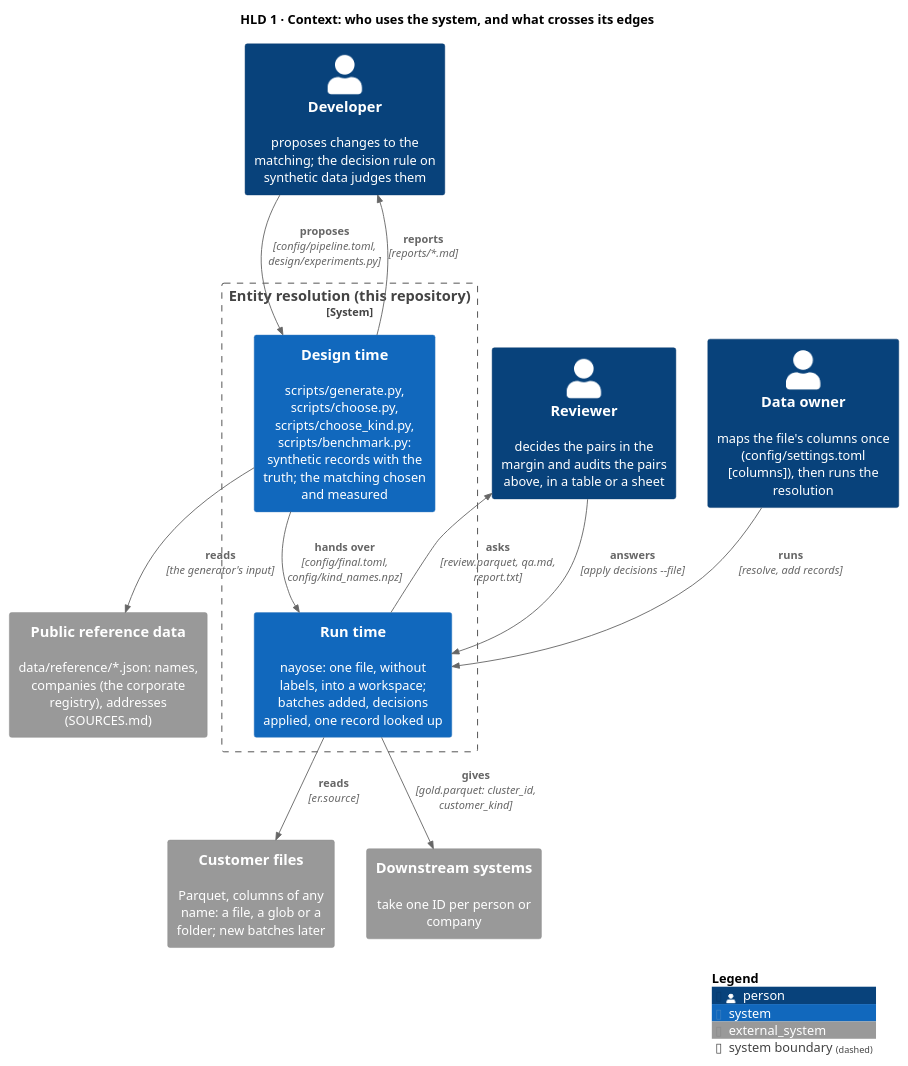
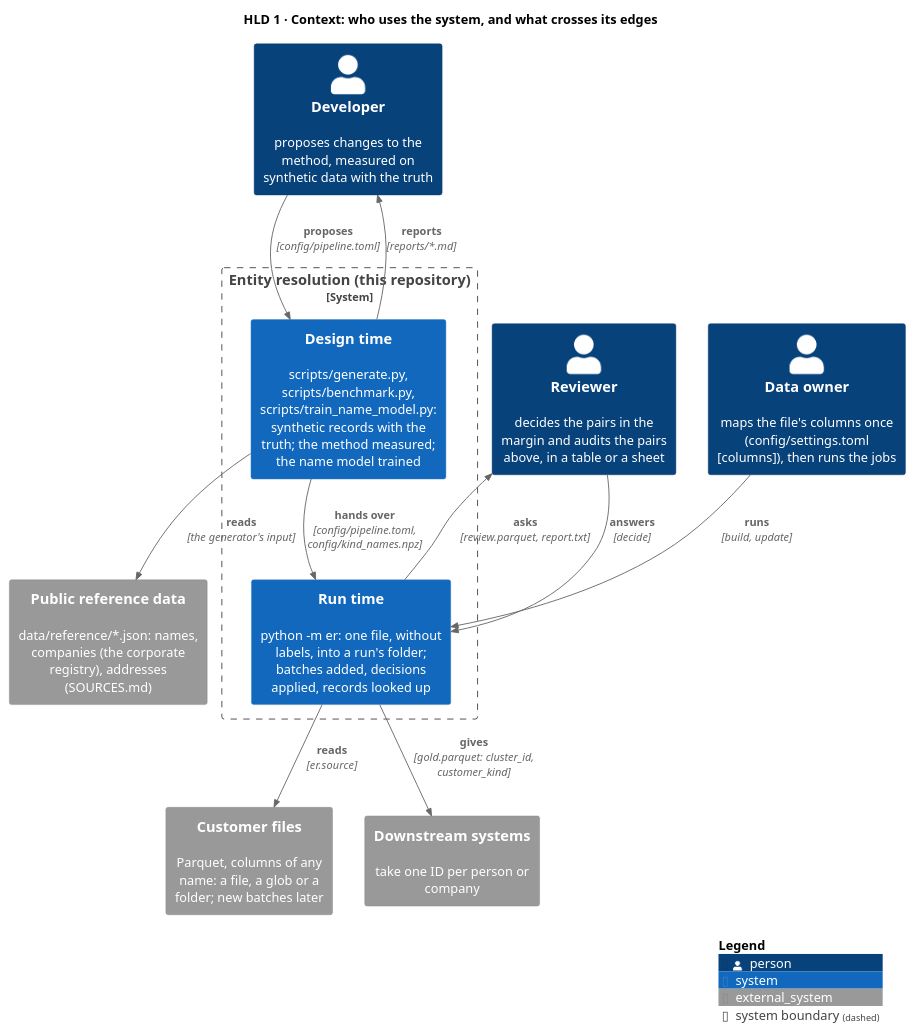
One commit to mvsbm/entity_matching changed the diagram in docs/diagrams/context.puml. Above: the diagram before and after it, drawn with PlantUML. The commit also changed 122 other files, not shown here.

```diff
--- a/docs/diagrams/context.puml
+++ b/docs/diagrams/context.puml
@@ -1,30 +1,30 @@
 @startuml context
 !include <C4/C4_Context>
 LAYOUT_TOP_DOWN()
 HIDE_STEREOTYPE()
 title HLD 1 · Context: who uses the system, and what crosses its edges
 
-Person(owner, "Data owner", "maps the file's columns once (config/settings.toml [columns]), then runs the resolution")
+Person(owner, "Data owner", "maps the file's columns once (config/settings.toml [columns]), then runs the jobs")
 Person(reviewer, "Reviewer", "decides the pairs in the margin and audits the pairs above, in a table or a sheet")
-Person(developer, "Developer", "proposes changes to the matching; the decision rule on synthetic data judges them")
+Person(developer, "Developer", "proposes changes to the method, measured on synthetic data with the truth")
 
 System_Ext(files, "Customer files", "Parquet, columns of any name: a file, a glob or a folder; new batches later")
 System_Ext(reference, "Public reference data", "data/reference/*.json: names, companies (the corporate registry), addresses (SOURCES.md)")
 System_Ext(downstream, "Downstream systems", "take one ID per person or company")
 
 System_Boundary(er, "Entity resolution (this repository)") {
-  System(runtime, "Run time", "nayose: one file, without labels, into a workspace; batches added, decisions applied, one record looked up")
-  System(design, "Design time", "scripts/generate.py, scripts/choose.py, scripts/choose_kind.py, scripts/benchmark.py: synthetic records with the truth; the matching chosen and measured")
+  System(runtime, "Run time", "python -m er: one file, without labels, into a run's folder; batches added, decisions applied, records looked up")
+  System(design, "Design time", "scripts/generate.py, scripts/benchmark.py, scripts/train_name_model.py: synthetic records with the truth; the method measured; the name model trained")
 }
 
-Rel(owner, runtime, "runs", "resolve, add records")
+Rel(owner, runtime, "runs", "build, update")
 Rel(runtime, files, "reads", "er.source")
 Rel(design, reference, "reads", "the generator's input")
-Rel(developer, design, "proposes", "config/pipeline.toml, design/experiments.py")
+Rel(developer, design, "proposes", "config/pipeline.toml")
 Rel(design, developer, "reports", "reports/*.md")
-Rel(design, runtime, "hands over", "config/final.toml, config/kind_names.npz")
-Rel(runtime, reviewer, "asks", "review.parquet, qa.md, report.txt")
-Rel(reviewer, runtime, "answers", "apply decisions --file")
+Rel(design, runtime, "hands over", "config/pipeline.toml, config/kind_names.npz")
+Rel(runtime, reviewer, "asks", "review.parquet, report.txt")
+Rel(reviewer, runtime, "answers", "decide")
 Rel(runtime, downstream, "gives", "gold.parquet: cluster_id, customer_kind")
 SHOW_LEGEND()
 @enduml
```
